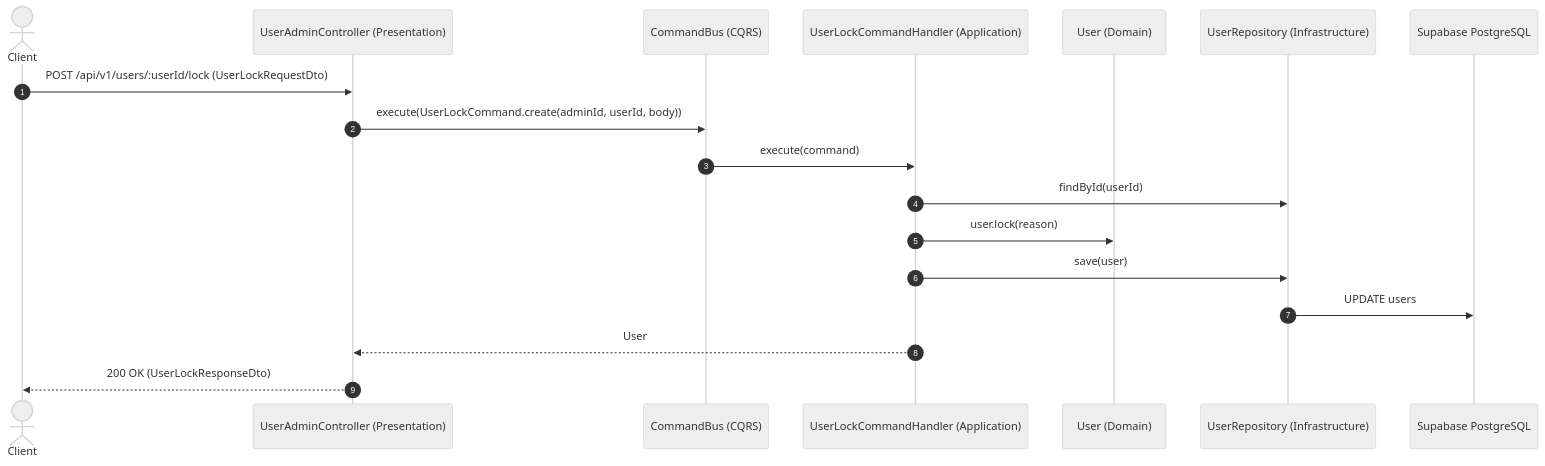
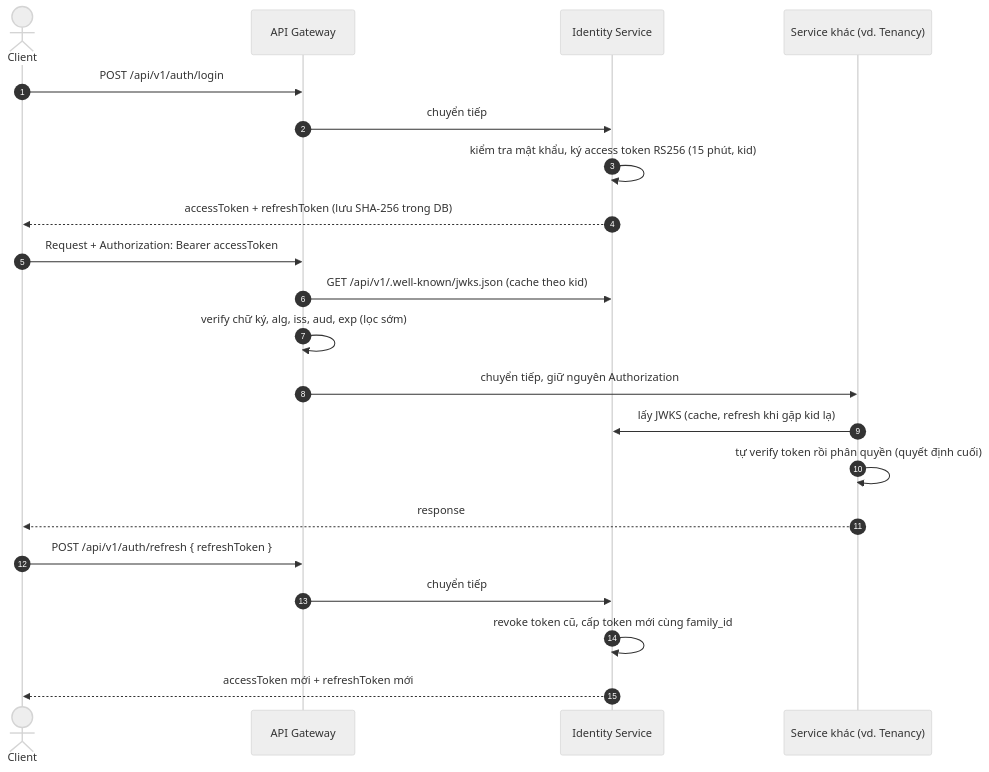
Before and after one commit to pbl6-home-renter/Identity-Service: the first of 2 diagrams in README.md, drawn with Mermaid (neutral theme). The commit also changed other lines of this file, not shown here.

````diff
--- a/README.md
+++ b/README.md
@@ -71,21 +229,26 @@
 ```mermaid
 sequenceDiagram
     autonumber
     actor Client
-    participant Controller as UserAdminController (Presentation)
-    participant CommandBus as CommandBus (CQRS)
-    participant Handler as UserLockCommandHandler (Application)
-    participant Domain as User (Domain)
-    participant Repo as UserRepository (Infrastructure)
-    participant DB as Supabase PostgreSQL
+    participant GW as API Gateway
+    participant ID as Identity Service
+    participant SVC as Service khác (vd. Tenancy)
 
-    Client->>Controller: POST /api/v1/users/:userId/lock (UserLockRequestDto)
-    Controller->>CommandBus: execute(UserLockCommand.create(adminId, userId, body))
-    CommandBus->>Handler: execute(command)
-    Handler->>Repo: findById(userId)
-    Handler->>Domain: user.lock(reason)
-    Handler->>Repo: save(user)
-    Repo->>DB: UPDATE users
-    Handler-->>Controller: User
-    Controller-->>Client: 200 OK (UserLockResponseDto)
+    Client->>GW: POST /api/v1/auth/login
+    GW->>ID: chuyển tiếp
+    ID->>ID: kiểm tra mật khẩu, ký access token RS256 (15 phút, kid)
+    ID-->>Client: accessToken + refreshToken (lưu SHA-256 trong DB)
+
+    Client->>GW: Request + Authorization: Bearer accessToken
+    GW->>ID: GET /api/v1/.well-known/jwks.json (cache theo kid)
+    GW->>GW: verify chữ ký, alg, iss, aud, exp (lọc sớm)
+    GW->>SVC: chuyển tiếp, giữ nguyên Authorization
+    SVC->>ID: lấy JWKS (cache, refresh khi gặp kid lạ)
+    SVC->>SVC: tự verify token rồi phân quyền (quyết định cuối)
+    SVC-->>Client: response
+
+    Client->>GW: POST /api/v1/auth/refresh { refreshToken }
+    GW->>ID: chuyển tiếp
+    ID->>ID: revoke token cũ, cấp token mới cùng family_id
+    ID-->>Client: accessToken mới + refreshToken mới
 ```
````
